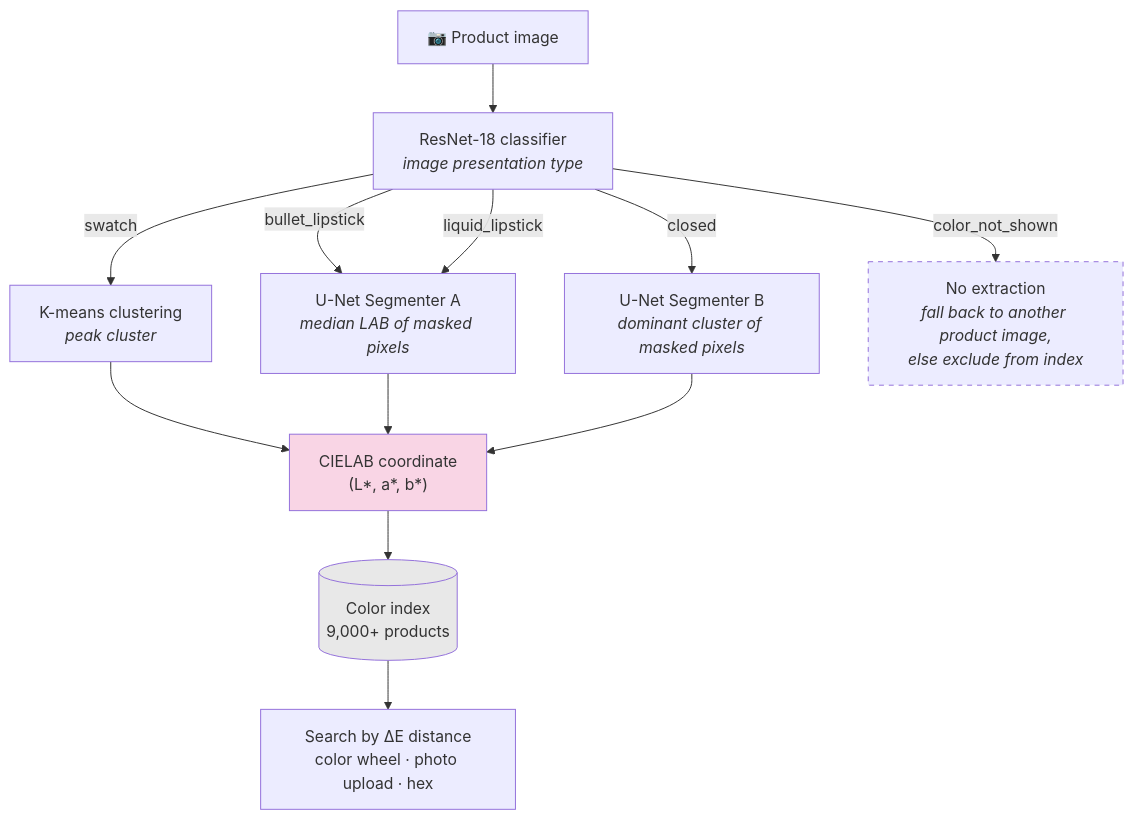
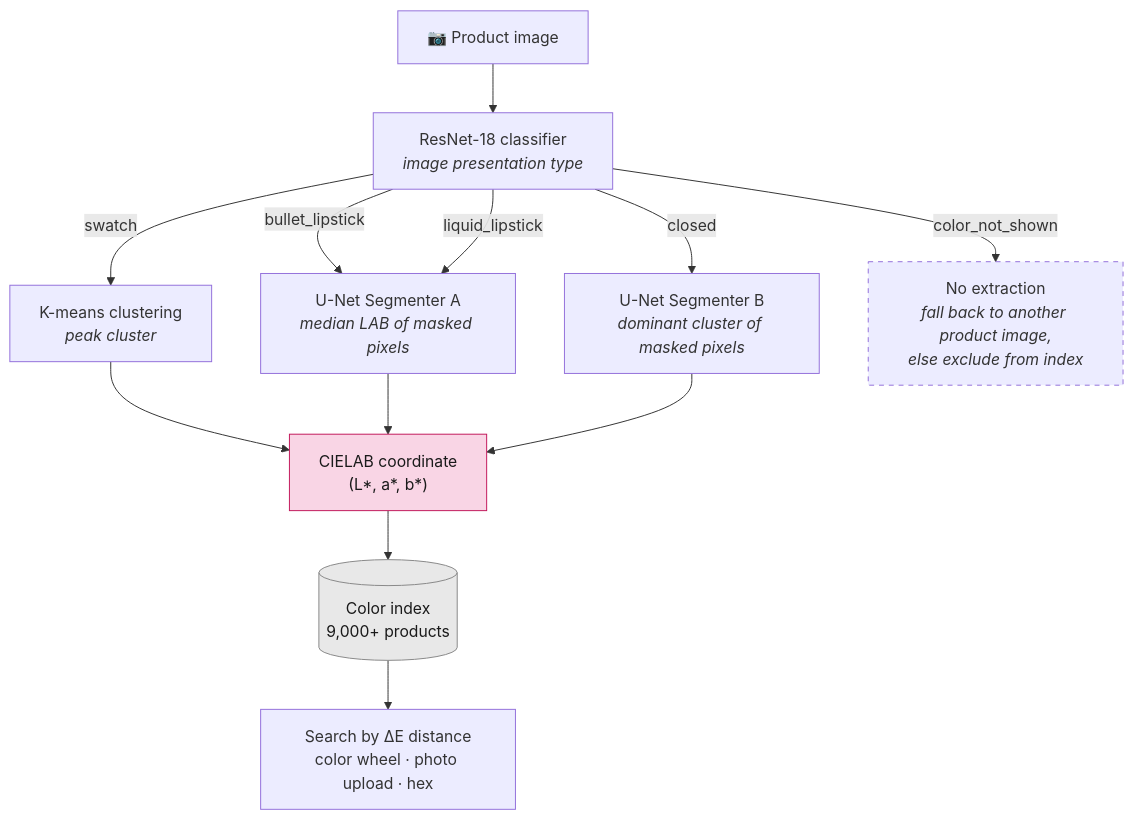
Before and after one commit to ConstanzaSchibber/lipstick_color_extraction: the diagram in README.md, drawn with Mermaid.

````diff
--- a/README.md
+++ b/README.md
@@ -217,18 +217,18 @@
 ```mermaid
 flowchart TD
     A["📷 Product image"] --> B["ResNet-18 classifier<br/><i>image presentation type</i>"]
     B -->|swatch| C["K-means clustering<br/><i>peak cluster</i>"]
     B -->|bullet_lipstick| D["U-Net Segmenter A<br/><i>median LAB of masked pixels</i>"]
     B -->|liquid_lipstick| D
     B -->|closed| E["U-Net Segmenter B<br/><i>dominant cluster of masked pixels</i>"]
     B -->|color_not_shown| F["No extraction<br/><i>fall back to another product image,<br/>else exclude from index</i>"]
     C --> G["CIELAB coordinate<br/>(L*, a*, b*)"]
     D --> G
     E --> G
     G --> H[("Color index<br/>9,000+ products")]
     H --> I["Search by ΔE distance<br/>color wheel · photo upload · hex"]
 
     style F stroke-dasharray: 5 5
-    style G fill:#f9d5e5
-    style H fill:#e8e8e8
+    style G fill:#f9d5e5,color:#1a1a1a,stroke:#c2185b
+    style H fill:#e8e8e8,color:#1a1a1a,stroke:#888
 ```
````
